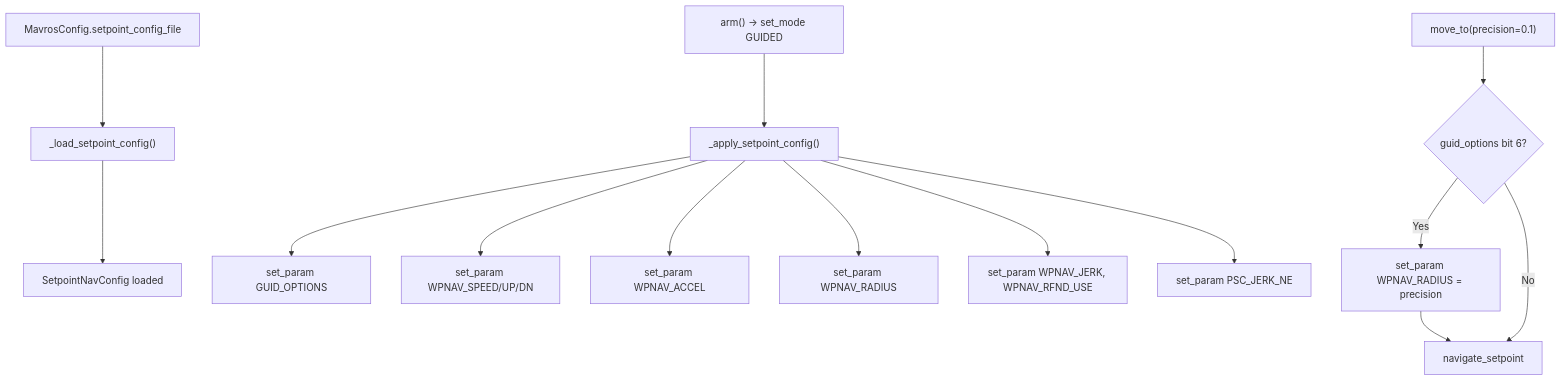
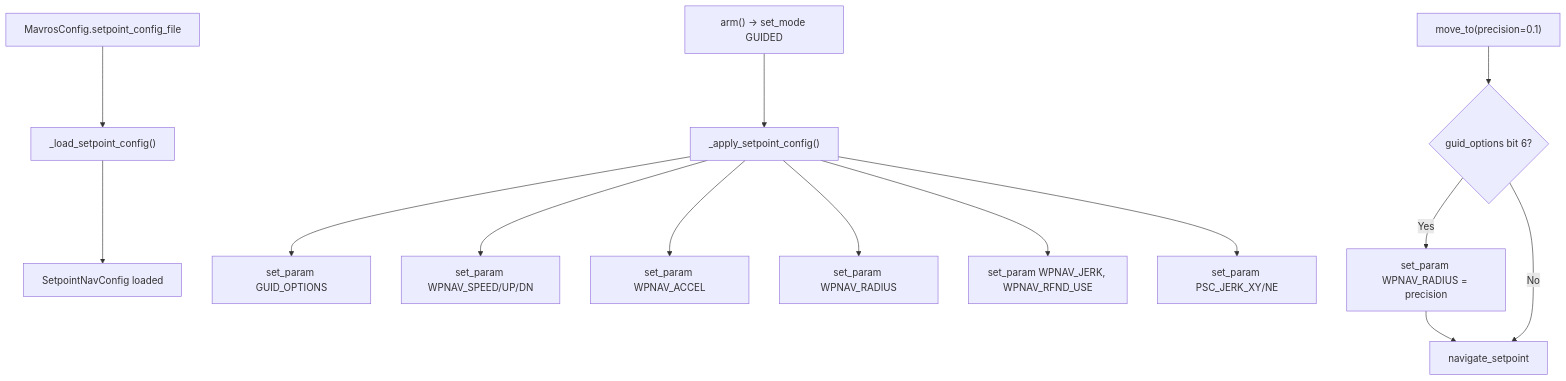
Before and after one commit to Black-Bee-Drones/nectar-sdk: the third of 3 diagrams in nectar/nectar/control/mavros/README.md, drawn with Mermaid. The commit also changed other lines of this file and 5 other files, not shown here.

````diff
--- a/nectar/nectar/control/mavros/README.md
+++ b/nectar/nectar/control/mavros/README.md
@@ -765,16 +765,16 @@
 ```mermaid
 flowchart TD
     A["MavrosConfig.setpoint_config_file"] --> B["_load_setpoint_config()"]
     B --> C["SetpointNavConfig loaded"]
     D["arm() → set_mode GUIDED"] --> E["_apply_setpoint_config()"]
     E --> F["set_param GUID_OPTIONS"]
     E --> G["set_param WPNAV_SPEED/UP/DN"]
     E --> H["set_param WPNAV_ACCEL"]
     E --> I["set_param WPNAV_RADIUS"]
     E --> Ij["set_param WPNAV_JERK, WPNAV_RFND_USE"]
-    E --> Ip["set_param PSC_JERK_NE"]
+    E --> Ip["set_param PSC_JERK_XY/NE"]
     J["move_to(precision=0.1)"] --> K{"guid_options bit 6?"}
     K -->|Yes| L["set_param WPNAV_RADIUS = precision"]
     L --> M["navigate_setpoint"]
     K -->|No| M
 ```
````
